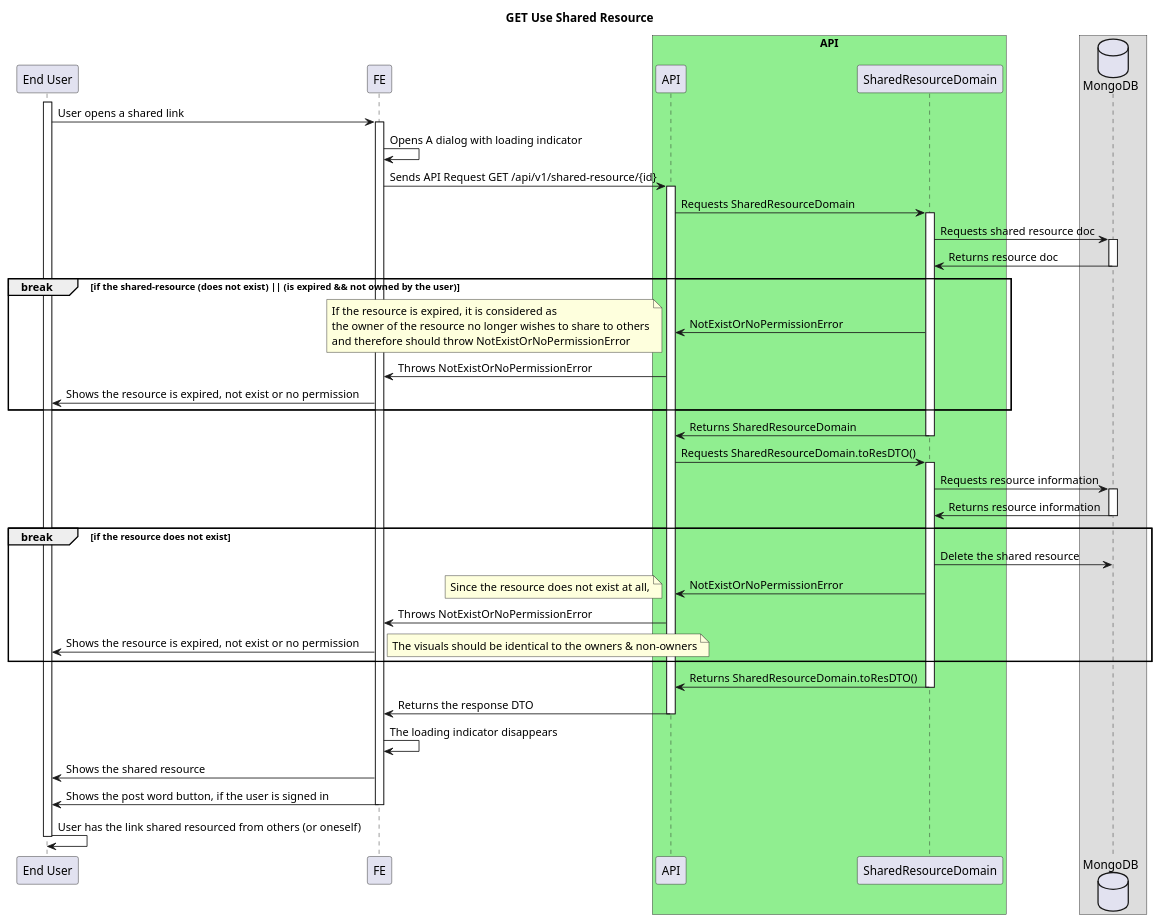
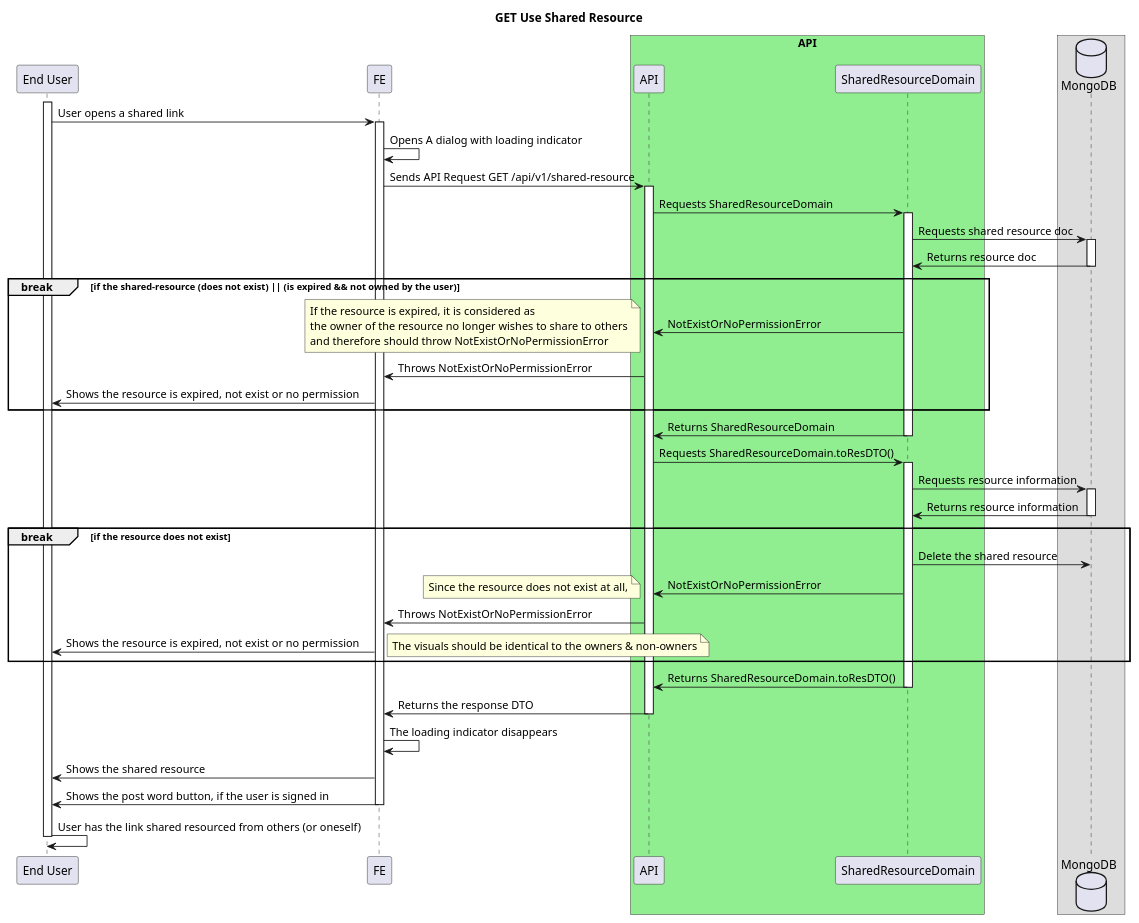
The diagram in dev/diagrams/on-get-shared-resource-by-url.md (ajktown/docs), drawn with PlantUML before and after one commit.

````diff
--- a/dev/diagrams/on-get-shared-resource-by-url.md
+++ b/dev/diagrams/on-get-shared-resource-by-url.md
@@ -47,69 +47,69 @@
 ```plantuml
 
 @startuml
 
 title GET Use Shared Resource
 
 participant "End User" as user
 participant "FE" as fe
 box "API" #Lightgreen
   participant "API" as api
   participant "SharedResourceDomain" as domain
 box
 database "MongoDB" as db
 
 activate user
   user -> fe: User opens a shared link
   activate fe
     fe -> fe: Opens A dialog with loading indicator
-    fe -> api: Sends API Request GET /api/v1/shared-resource/{id}
+    fe -> api: Sends API Request GET /api/v1/shared-resource
     activate api
       api -> domain: Requests SharedResourceDomain
       activate domain
         domain -> db: Requests shared resource doc
         activate db
           domain <- db: Returns resource doc
         deactivate db
         break if the shared-resource (does not exist) || (is expired && not owned by the user)
           api <- domain: NotExistOrNoPermissionError
           note left
             If the resource is expired, it is considered as
             the owner of the resource no longer wishes to share to others
             and therefore should throw NotExistOrNoPermissionError
           end note
           fe <- api: Throws NotExistOrNoPermissionError
           user <- fe : Shows the resource is expired, not exist or no permission
         end break
         api <- domain: Returns SharedResourceDomain
         deactivate domain
         api -> domain: Requests SharedResourceDomain.toResDTO()
           activate domain
             domain -> db: Requests resource information
             activate db
               domain <- db: Returns resource information
             deactivate db
             break if the resource does not exist
               domain -> db: Delete the shared resource
               api <- domain: NotExistOrNoPermissionError
               note left
                 Since the resource does not exist at all,
               end note
               fe <- api: Throws NotExistOrNoPermissionError
               user <- fe : Shows the resource is expired, not exist or no permission
               note right
                 The visuals should be identical to the owners & non-owners
               end note
             end break
             api <- domain: Returns SharedResourceDomain.toResDTO()
           deactivate domain
         fe <- api: Returns the response DTO
     deactivate api
   fe -> fe: The loading indicator disappears
   user <- fe: Shows the shared resource
   user <- fe: Shows the post word button, if the user is signed in
   deactivate fe
   user -> user: User has the link shared resourced from others (or oneself)
 deactivate user
 
 
 ```
````
